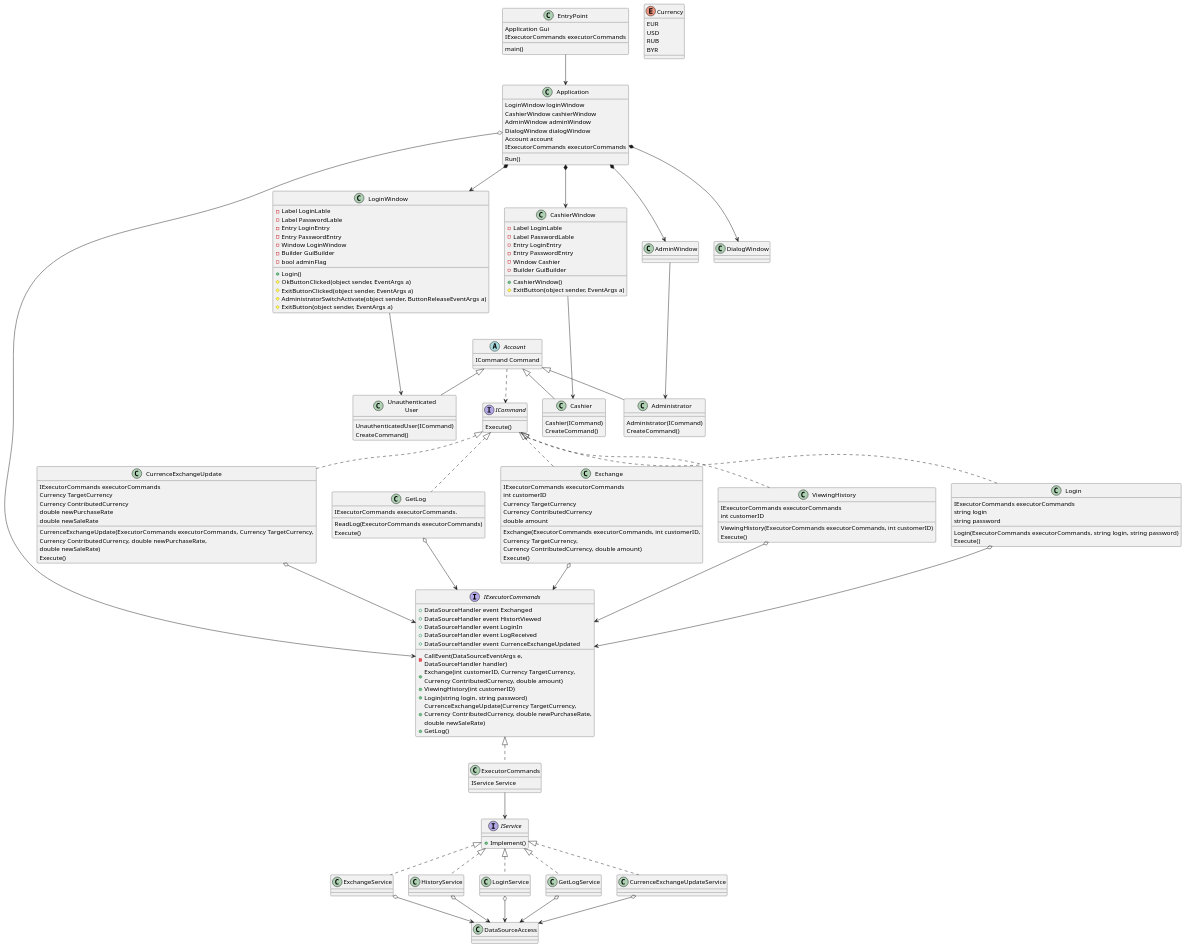
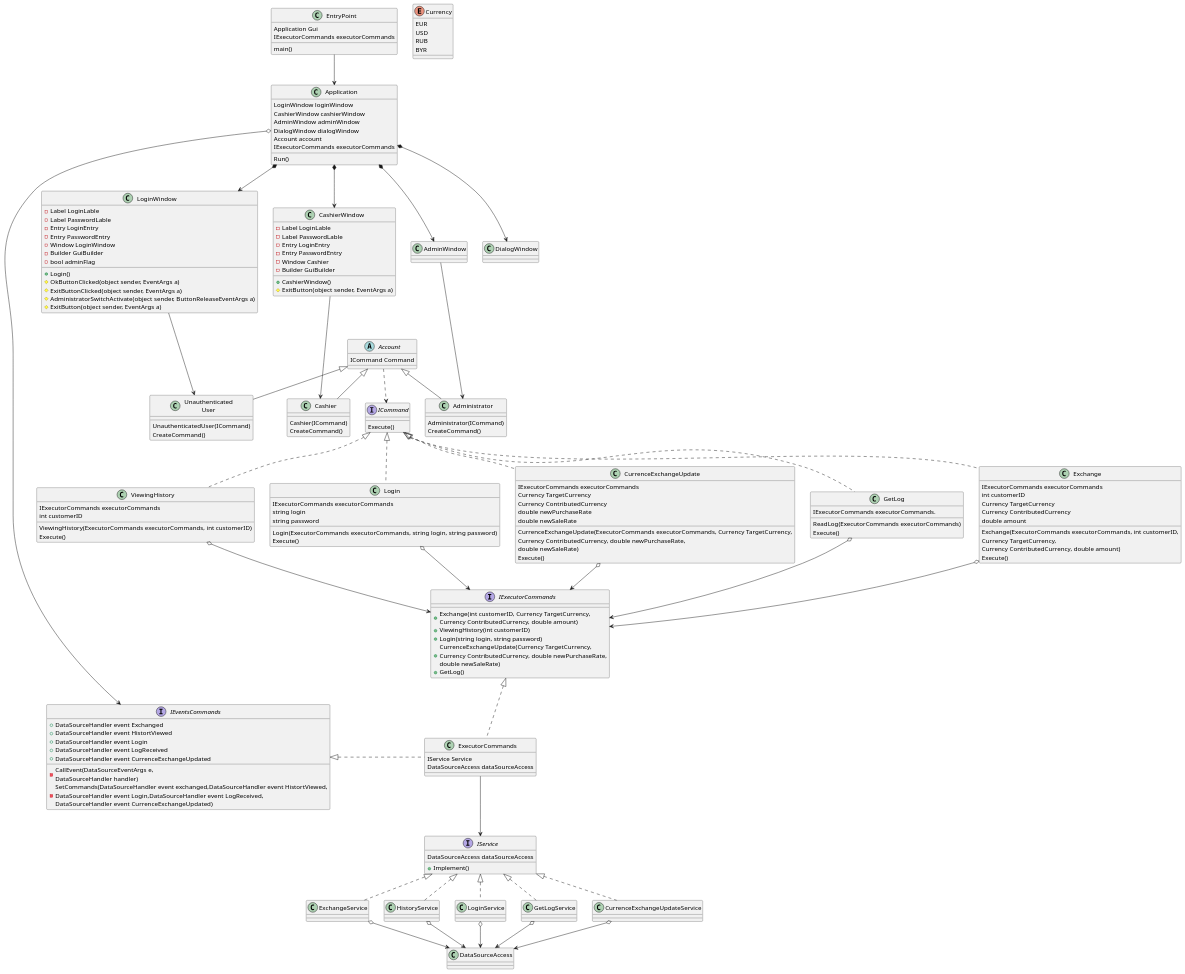
Before and after one commit to DanilaKe/ExchangeOfficeApplication: the diagram in ExchangeOfficeApplication/UML/ClassDiagram.puml, drawn with PlantUML.

Commit message:
class diagram.

```diff
--- a/ExchangeOfficeApplication/UML/ClassDiagram.puml
+++ b/ExchangeOfficeApplication/UML/ClassDiagram.puml
@@ -24,6 +24,7 @@
 interface ICommand
 interface IService
 interface IExecutorCommands
+interface IEventsCommands
 
 enum Currency 
 {
@@ -163,23 +164,19 @@
 
 interface IService
 {
+    DataSourceAccess dataSourceAccess
+    
     +Implement()
 }
 
 class ExecutorCommands
 {
     IService Service
+    DataSourceAccess dataSourceAccess
 }
 
 interface IExecutorCommands
 {
-    +DataSourceHandler event Exchanged
-    +DataSourceHandler event HistortViewed
-    +DataSourceHandler event LoginIn
-    +DataSourceHandler event LogReceived
-    +DataSourceHandler event CurrenceExchangeUpdated
-    
-    -CallEvent(DataSourceEventArgs e,\nDataSourceHandler handler)
     +Exchange(int customerID, Currency TargetCurrency,\nCurrency ContributedCurrency, double amount)
     +ViewingHistory(int customerID)
     +Login(string login, string password)
@@ -187,7 +184,20 @@
     +GetLog()
 }
 
+interface IEventsCommands
+{
+    +DataSourceHandler event Exchanged
+    +DataSourceHandler event HistortViewed
+    +DataSourceHandler event Login
+    +DataSourceHandler event LogReceived
+    +DataSourceHandler event CurrenceExchangeUpdated
+    
+    -CallEvent(DataSourceEventArgs e,\nDataSourceHandler handler)
+    -SetCommands(DataSourceHandler event exchanged,DataSourceHandler event HistortViewed,\nDataSourceHandler event Login,DataSourceHandler event LogReceived,\nDataSourceHandler event CurrenceExchangeUpdated)
+}
+
 IExecutorCommands <|.. ExecutorCommands
+IEventsCommands <|. ExecutorCommands
 
 ExecutorCommands --> IService
 
@@ -222,7 +232,7 @@
 ViewingHistory o--> IExecutorCommands
 
 EntryPoint --> Application
-Application o-> IExecutorCommands
+Application o-------> IEventsCommands
 Application *--> LoginWindow 
 Application *--> AdminWindow
 Application *--> DialogWindow
```
